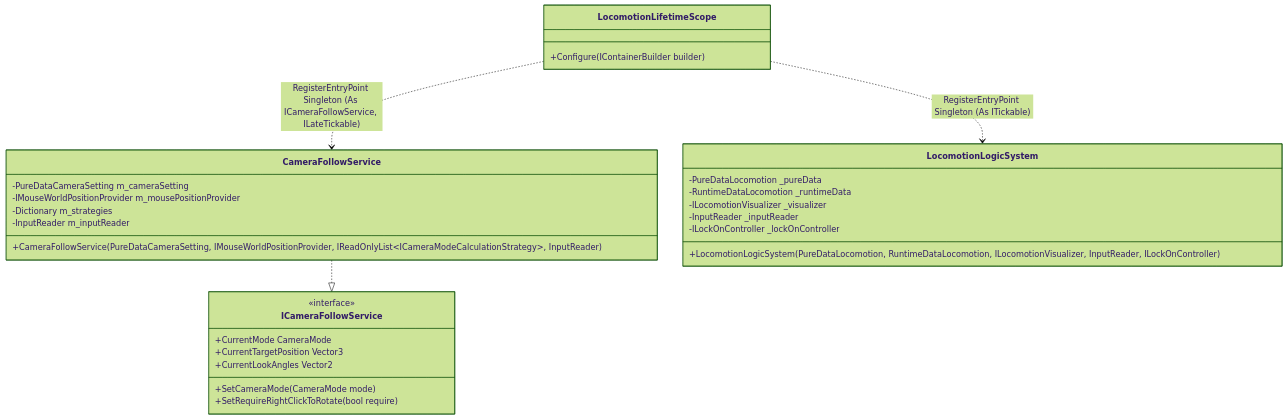
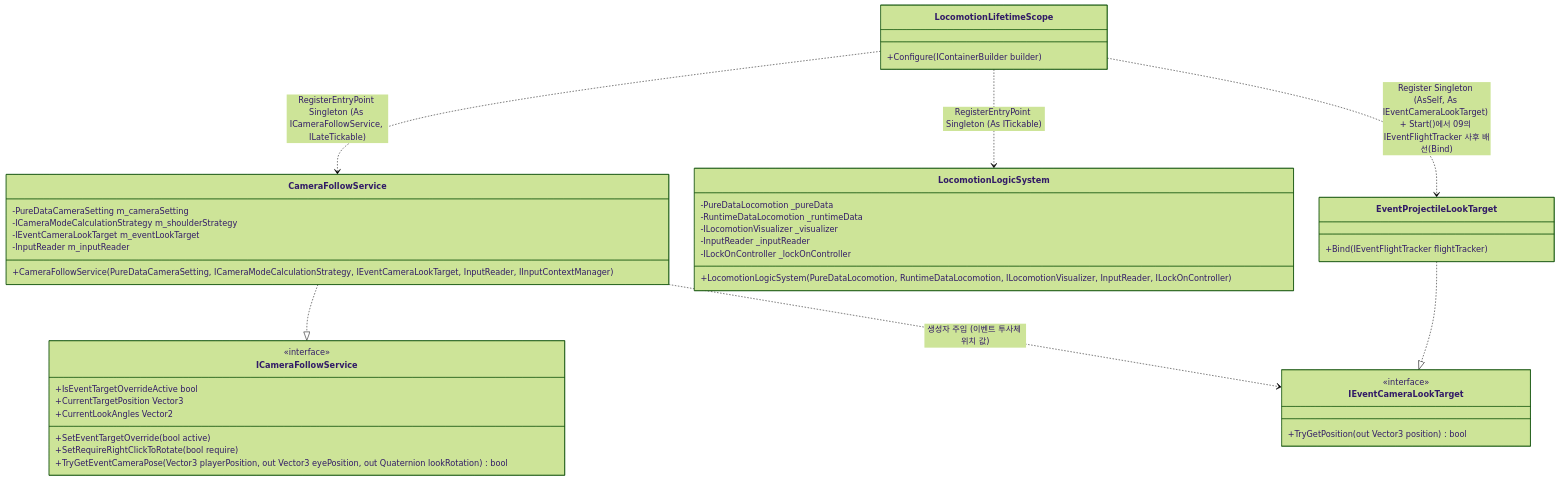
Before and after one commit to WhiteAppleKo/UnitMagician: the first of 3 diagrams in Assets/00.Document/98.System/02.Locomotion_CameraSystem.md, drawn with Mermaid (forest theme). The commit also changed other lines of this file and 393 other files, not shown here.

````diff
--- a/Assets/00.Document/98.System/02.Locomotion_CameraSystem.md
+++ b/Assets/00.Document/98.System/02.Locomotion_CameraSystem.md
@@ -7,39 +7,52 @@
 ```mermaid
 classDiagram
     direction TB
 
     class LocomotionLifetimeScope {
         +Configure(IContainerBuilder builder)
     }
 
     class CameraFollowService {
         -PureDataCameraSetting m_cameraSetting
-        -IMouseWorldPositionProvider m_mousePositionProvider
-        -Dictionary m_strategies
+        -ICameraModeCalculationStrategy m_shoulderStrategy
+        -IEventCameraLookTarget m_eventLookTarget
         -InputReader m_inputReader
-        +CameraFollowService(PureDataCameraSetting, IMouseWorldPositionProvider, IReadOnlyList~ICameraModeCalculationStrategy~, InputReader)
+        +CameraFollowService(PureDataCameraSetting, ICameraModeCalculationStrategy, IEventCameraLookTarget, InputReader, IInputContextManager)
     }
 
     class LocomotionLogicSystem {
         -PureDataLocomotion _pureData
         -RuntimeDataLocomotion _runtimeData
         -ILocomotionVisualizer _visualizer
         -InputReader _inputReader
         -ILockOnController _lockOnController
         +LocomotionLogicSystem(PureDataLocomotion, RuntimeDataLocomotion, ILocomotionVisualizer, InputReader, ILockOnController)
     }
 
     class ICameraFollowService {
         <<interface>>
-        +SetCameraMode(CameraMode mode)
+        +SetEventTargetOverride(bool active)
         +SetRequireRightClickToRotate(bool require)
-        +CurrentMode CameraMode
+        +TryGetEventCameraPose(Vector3 playerPosition, out Vector3 eyePosition, out Quaternion lookRotation) bool
+        +IsEventTargetOverrideActive bool
         +CurrentTargetPosition Vector3
         +CurrentLookAngles Vector2
+    }
+
+    class IEventCameraLookTarget {
+        <<interface>>
+        +TryGetPosition(out Vector3 position) bool
+    }
+
+    class EventProjectileLookTarget {
+        +Bind(IEventFlightTracker flightTracker)
     }
 
     LocomotionLifetimeScope ..> CameraFollowService : RegisterEntryPoint Singleton (As ICameraFollowService, ILateTickable)
     LocomotionLifetimeScope ..> LocomotionLogicSystem : RegisterEntryPoint Singleton (As ITickable)
 
     CameraFollowService ..|> ICameraFollowService
+    CameraFollowService ..> IEventCameraLookTarget : 생성자 주입 (이벤트 투사체 위치 값)
+    EventProjectileLookTarget ..|> IEventCameraLookTarget
+    LocomotionLifetimeScope ..> EventProjectileLookTarget : Register Singleton (AsSelf, As IEventCameraLookTarget) + Start()에서 09의 IEventFlightTracker 사후 배선(Bind)
 ```
````
